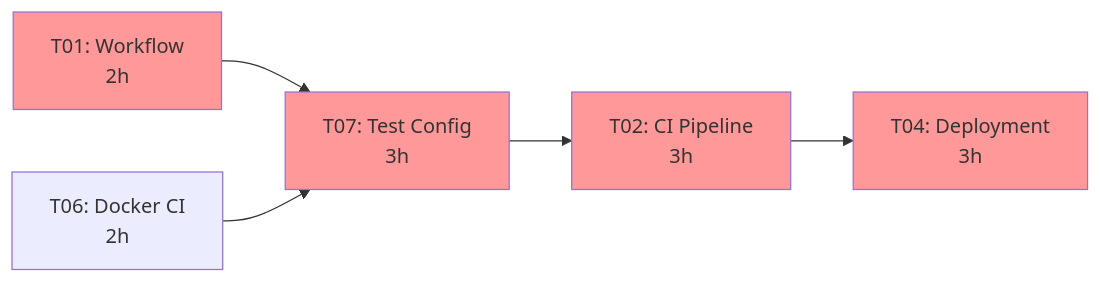
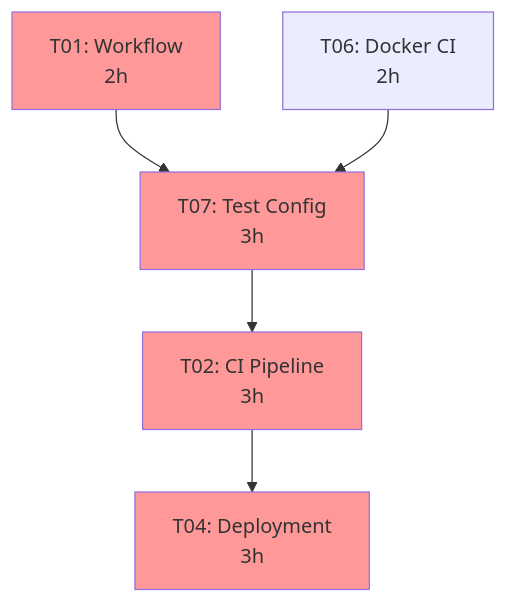
Before and after one commit to ddoachi/jts: the second of 2 diagrams in specs/E01/F04/E01-F04.spec.md, drawn with Mermaid. The commit also changed other lines of this file, not shown here.

````diff
--- a/specs/E01/F04/E01-F04.spec.md
+++ b/specs/E01/F04/E01-F04.spec.md
@@ -1028,12 +1028,12 @@
 ```mermaid
-graph LR
+graph TD
     T01[T01: Workflow<br/>2h] --> T07[T07: Test Config<br/>3h]
     T06[T06: Docker CI<br/>2h] --> T07
     T07 --> T02[T02: CI Pipeline<br/>3h]
     T02 --> T04[T04: Deployment<br/>3h]
-    
+
     style T01 fill:#ff9999
     style T07 fill:#ff9999
     style T02 fill:#ff9999
     style T04 fill:#ff9999
 ```
````
